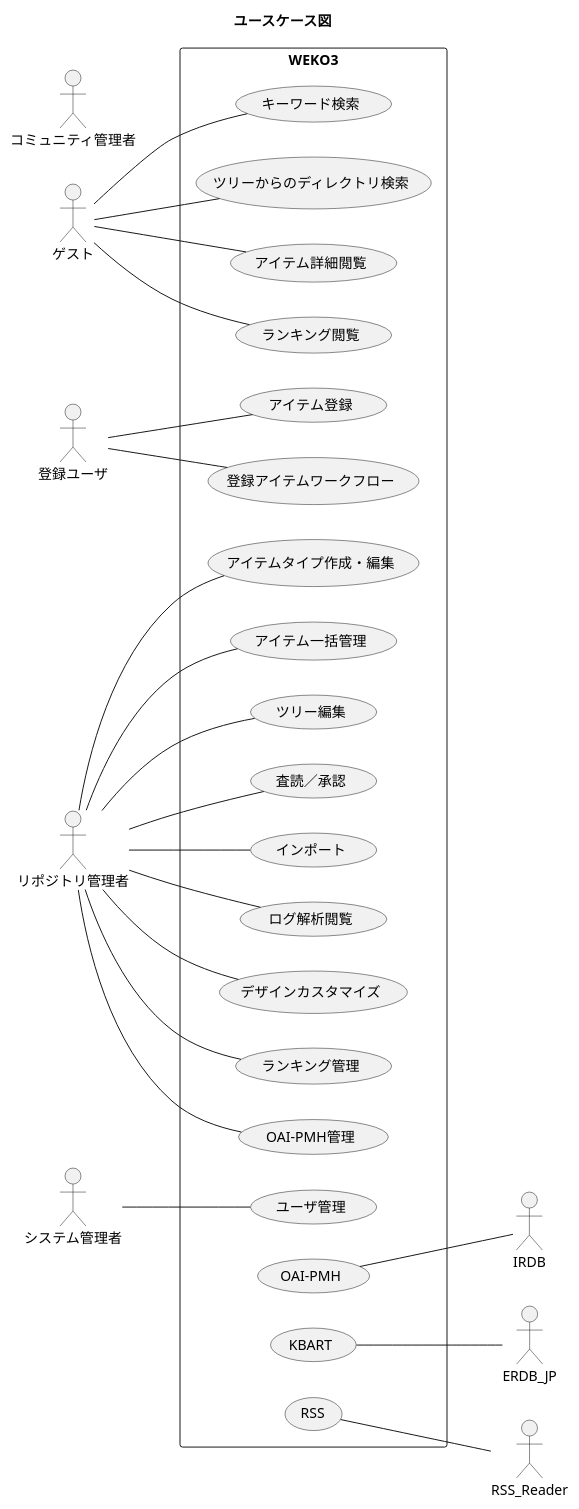
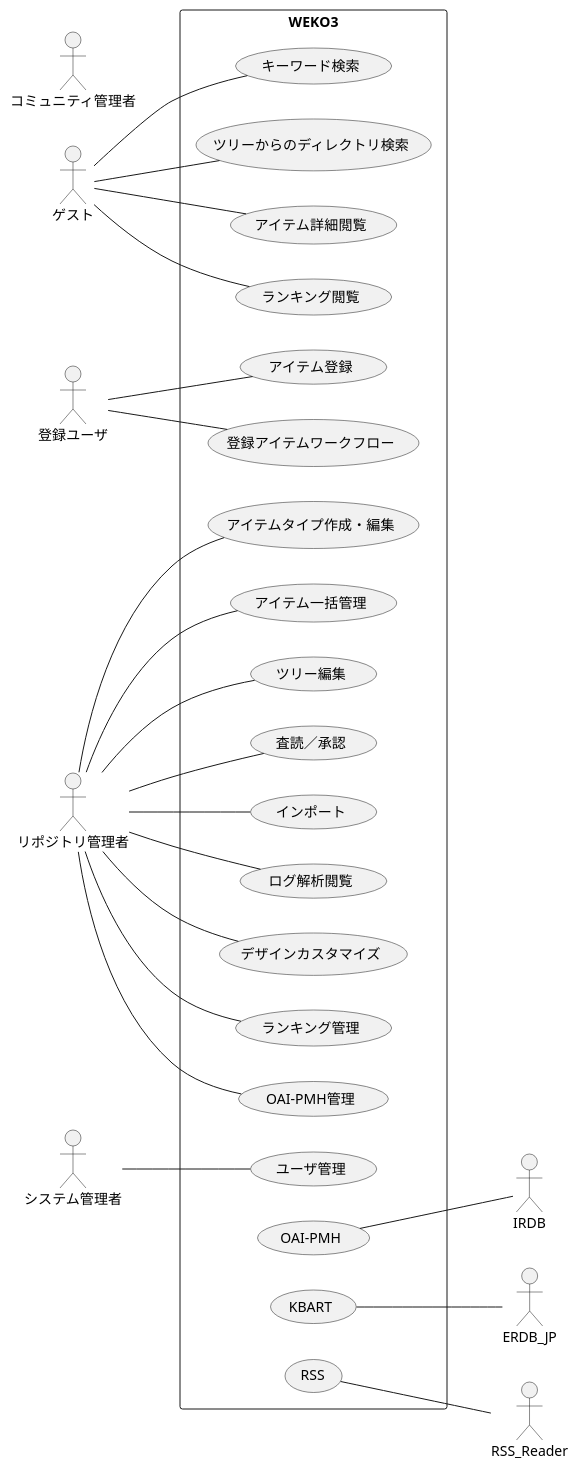
The diagram in use-case-diagram/UC0000.pu (RCOSDP/weko-document), drawn with PlantUML before and after one commit. The commit also changed 1 other file, not shown here.

```diff
--- a/use-case-diagram/UC0000.pu
+++ b/use-case-diagram/UC0000.pu
@@ -1,57 +1,57 @@
 @startuml
 ' http://plantuml.com/
 ' https://marketplace.visualstudio.com/items?itemName=jebbs.plantuml
 
 
-title ユースケース図
+'title ユースケース図
 
 left to right direction
 skinparam packageStyle rectangle
 
 actor ゲスト
 ' 教員
 actor 登録ユーザ
 ' 図書館員,モデレータ
 actor リポジトリ管理者
 actor システム管理者
 ' 外部システム
 actor IRDB 
 actor ERDB_JP
 actor RSS_Reader
 
 ' WEKO3
 actor コミュニティ管理者
 
 rectangle WEKO3 {
 
 ' ゲスト
 ゲスト -- (キーワード検索)
 ゲスト -- (ツリーからのディレクトリ検索)
 ゲスト -- (アイテム詳細閲覧)
 ゲスト -- (ランキング閲覧)
 
 ' 登録ユーザ
 登録ユーザ -- (アイテム登録)
 登録ユーザ -- (登録アイテムワークフロー)
 
 ' リポジトリ管理者
 リポジトリ管理者 -- (アイテムタイプ作成・編集)
 リポジトリ管理者 -- (アイテム一括管理)
 リポジトリ管理者 -- (ツリー編集)
 リポジトリ管理者 -- (査読／承認)
 リポジトリ管理者 -- (インポート)
 リポジトリ管理者 -- (ログ解析閲覧)
 リポジトリ管理者 -- (デザインカスタマイズ)
 リポジトリ管理者 -- (ランキング管理)
 リポジトリ管理者 -- (OAI-PMH管理)
 
 ' システム管理者
 システム管理者  -- (ユーザ管理)
 
 ' 外部システム連携
 (OAI-PMH) -- IRDB
 (KBART) -- ERDB_JP
 (RSS) --  RSS_Reader
 
 }
 @enduml
```
